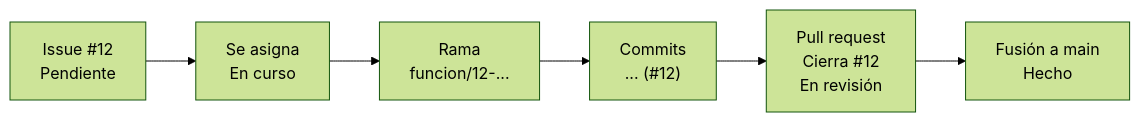
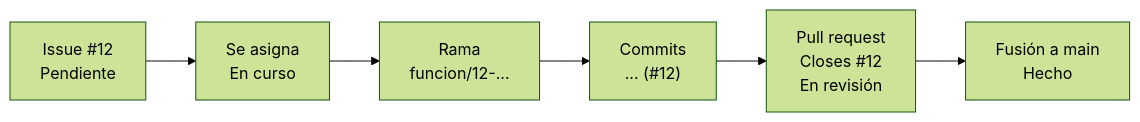
One commit to makius1/gestion_cartera changed the diagram in docs/TRABAJO_EN_EQUIPO.md. Above: the diagram before and after it, drawn with Mermaid (forest theme). The commit also changed other lines of this file and 7 other files, not shown here.

````diff
--- a/docs/TRABAJO_EN_EQUIPO.md
+++ b/docs/TRABAJO_EN_EQUIPO.md
@@ -215,8 +221,8 @@
 ```mermaid
 flowchart LR
     I["Issue #12<br/>Pendiente"] --> A["Se asigna<br/>En curso"]
     A --> R["Rama<br/>funcion/12-..."]
     R --> C["Commits<br/>... (#12)"]
-    C --> P["Pull request<br/>Cierra #12<br/>En revisión"]
+    C --> P["Pull request<br/>Closes #12<br/>En revisión"]
     P --> F["Fusión a main<br/>Hecho"]
 ```
````
